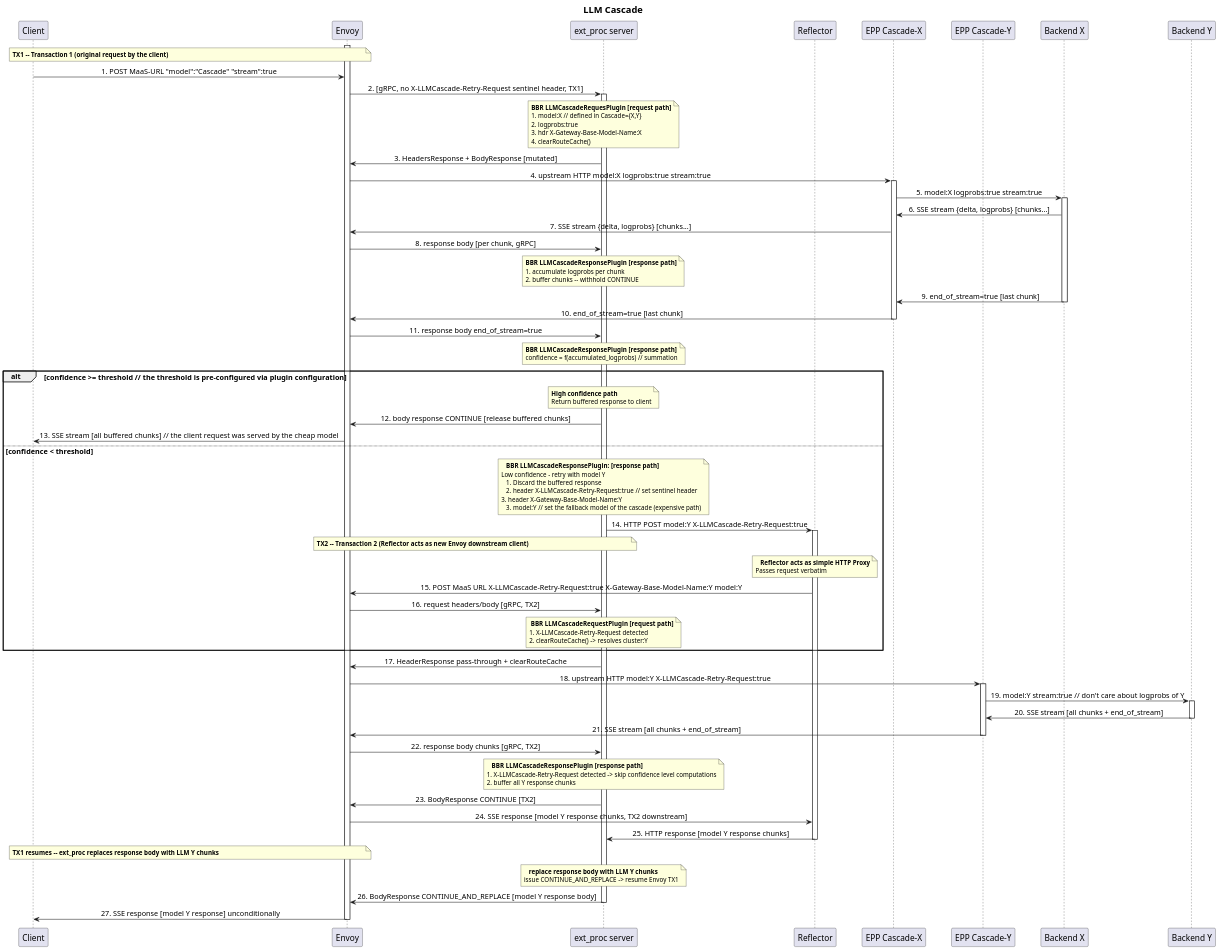
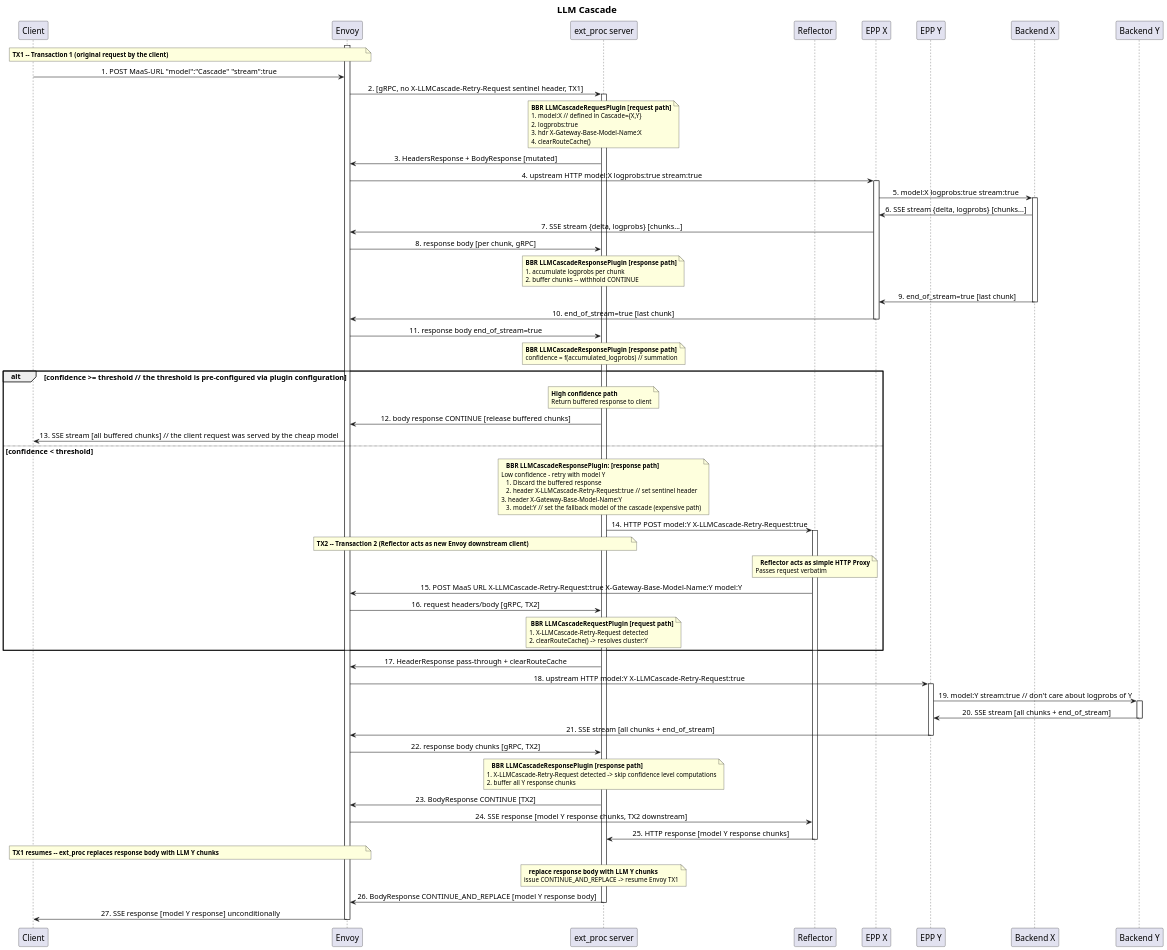
Before and after one commit to davidbreitgand/diagrams: the diagram in low-level-sequence-diagram.puml, drawn with PlantUML. The commit also changed 1 other file, not shown here.

Commit message:
Fixes EPP names

```diff
--- a/low-level-sequence-diagram.puml
+++ b/low-level-sequence-diagram.puml
@@ -1,134 +1,134 @@
 @startuml LLMCascade
 ' PlantUML Diagram
 ' Edit this file to create your diagram
 
 ' High-quality settings optimized for Google Docs
 ' Balance between resolution and size to prevent cutoff
 skinparam dpi 400
 skinparam defaultFontSize 14
 skinparam titleFontSize 18
 skinparam participantFontSize 16
 skinparam sequenceMessageAlign center
 skinparam noteFontSize 12
 skinparam noteTextAlignment left
 
 ' Compact layout to fit page width
 skinparam ParticipantPadding 20
 skinparam BoxPadding 5
 skinparam SequenceMessageAlign center
 
 ' Prevent diagram cutoff
 scale 0.4
 
 title LLM Cascade
 
 participant "Client" as client
 participant "Envoy" as envoy
 participant "ext_proc server" as ext_proc
 participant "Reflector" as reflector
-participant "EPP Cascade-X" as epp_cx
-participant "EPP Cascade-Y" as epp_cy
+participant "EPP X" as epp_cx
+participant "EPP Y" as epp_cy
 participant "Backend X" as backend_x
 participant "Backend Y" as backend_y
 
 activate envoy
 note over client,envoy
   **TX1 -- Transaction 1 (original request by the client)**
 end note
 client -> envoy: 1. POST MaaS-URL "model":"Cascade" "stream":true
 envoy -> ext_proc: 2. [gRPC, no X-LLMCascade-Retry-Request sentinel header, TX1]
 activate ext_proc
 note over ext_proc
   **BBR LLMCascadeRequesPlugin [request path]**
   1. model:X // defined in Cascade={X,Y}
   2. logprobs:true
   3. hdr X-Gateway-Base-Model-Name:X
   4. clearRouteCache()
 end note
 ext_proc -> envoy: 3. HeadersResponse + BodyResponse [mutated]
 envoy -> epp_cx: 4. upstream HTTP model:X logprobs:true stream:true
 activate epp_cx
 epp_cx -> backend_x: 5. model:X logprobs:true stream:true
 activate backend_x
 backend_x -> epp_cx: 6. SSE stream {delta, logprobs} [chunks...]
 epp_cx -> envoy: 7. SSE stream {delta, logprobs} [chunks...]
 envoy -> ext_proc: 8. response body [per chunk, gRPC]
 note over ext_proc
   **BBR LLMCascadeResponsePlugin [response path]**
   1. accumulate logprobs per chunk
   2. buffer chunks -- withhold CONTINUE
 end note 
 backend_x -> epp_cx: 9. end_of_stream=true [last chunk]
 deactivate backend_x
 epp_cx -> envoy: 10. end_of_stream=true [last chunk]
 deactivate epp_cx
 envoy -> ext_proc: 11. response body end_of_stream=true
 note over ext_proc
   **BBR LLMCascadeResponsePlugin [response path]**
   confidence = f(accumulated_logprobs) // summation
 end note
 
 alt confidence >= threshold // the threshold is pre-configured via plugin configuration
   note over ext_proc
     **High confidence path**
     Return buffered response to client
   end note
   ext_proc -> envoy: 12. body response CONTINUE [release buffered chunks]
   envoy -> client: 13. SSE stream [all buffered chunks] // the client request was served by the cheap model
 else confidence < threshold
   note over ext_proc
     **BBR LLMCascadeResponsePlugin: [response path]**
 	Low confidence - retry with model Y
     1. Discard the buffered response 
     2. header X-LLMCascade-Retry-Request:true // set sentinel header
 	3. header X-Gateway-Base-Model-Name:Y 
     3. model:Y // set the fallback model of the cascade (expensive path)
   end note
   ext_proc -> reflector: 14. HTTP POST model:Y X-LLMCascade-Retry-Request:true
   activate reflector
   note over envoy,ext_proc
     **TX2 -- Transaction 2 (Reflector acts as new Envoy downstream client)**
   end note
   note over reflector
     **Reflector acts as simple HTTP Proxy**
  Passes request verbatim
   end note
   reflector -> envoy: 15. POST MaaS URL X-LLMCascade-Retry-Request:true X-Gateway-Base-Model-Name:Y model:Y
   envoy -> ext_proc: 16. request headers/body [gRPC, TX2]
   note over ext_proc
     **BBR LLMCascadeRequestPlugin [request path]**
    1. X-LLMCascade-Retry-Request detected
    2. clearRouteCache() -> resolves cluster:Y
   end note
 end
   ext_proc -> envoy: 17. HeaderResponse pass-through + clearRouteCache
   envoy -> epp_cy: 18. upstream HTTP model:Y X-LLMCascade-Retry-Request:true
   activate epp_cy
   epp_cy -> backend_y: 19. model:Y stream:true // don't care about logprobs of Y
   activate backend_y
   backend_y -> epp_cy: 20. SSE stream [all chunks + end_of_stream]
   deactivate backend_y
   epp_cy -> envoy: 21. SSE stream [all chunks + end_of_stream]
   deactivate epp_cy
   envoy -> ext_proc: 22. response body chunks [gRPC, TX2]
   note over ext_proc
     **BBR LLMCascadeResponsePlugin [response path]**
  1. X-LLMCascade-Retry-Request detected -> skip confidence level computations
  2. buffer all Y response chunks
   end note
   ext_proc -> envoy: 23. BodyResponse CONTINUE [TX2]
   envoy -> reflector: 24. SSE response [model Y response chunks, TX2 downstream]
   reflector -> ext_proc: 25. HTTP response [model Y response chunks]
   deactivate reflector
   note over client,envoy
     **TX1 resumes -- ext_proc replaces response body with LLM Y chunks**
   end note
   note over ext_proc
     **replace response body with LLM Y chunks**
  issue CONTINUE_AND_REPLACE -> resume Envoy TX1
   end note
   ext_proc -> envoy: 26. BodyResponse CONTINUE_AND_REPLACE [model Y response body]
   deactivate ext_proc
   envoy -> client: 27. SSE response [model Y response] unconditionally
   deactivate envoy
 @enduml
```
